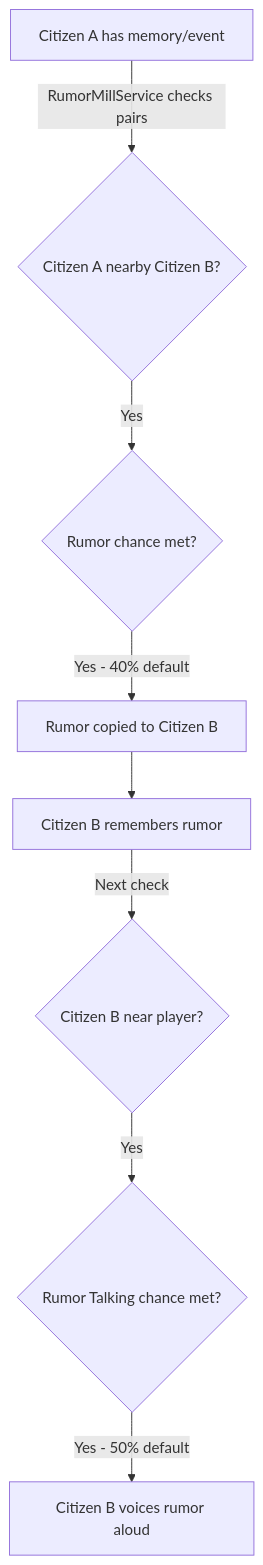
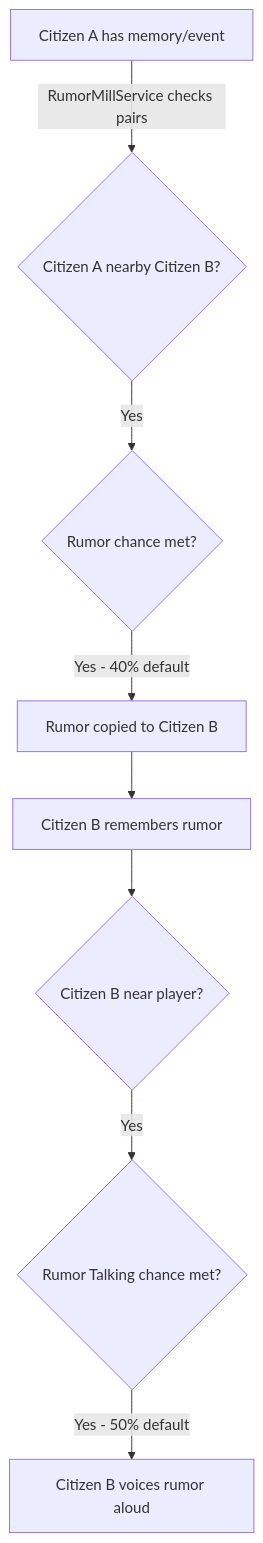
One commit to sshcrack/talking-colonists changed the diagram in docs/features/rumor-mill.md. Above: the diagram before and after it, drawn with Mermaid. The commit also changed other lines of this file and 21 other files, not shown here.

First line of the commit message:
docs: remove platform interface references, fix tool counts, clean up diagrams

````diff
--- a/docs/features/rumor-mill.md
+++ b/docs/features/rumor-mill.md
@@ -9,10 +9,10 @@
 ``` mermaid
 graph TD
  A[Citizen A has memory/event] -->|RumorMillService checks pairs| B{Citizen A nearby Citizen B?}
  B -->|Yes| C{Rumor chance met?}
  C -->|Yes - 40% default| D[Rumor copied to Citizen B]
  D --> E[Citizen B remembers rumor]
- E -->|Next check| F{Citizen B near player?}
+ E --> F{Citizen B near player?}
  F -->|Yes| G{Rumor Talking chance met?}
  G -->|Yes - 50% default| H[Citizen B voices rumor aloud]
 ```
````
